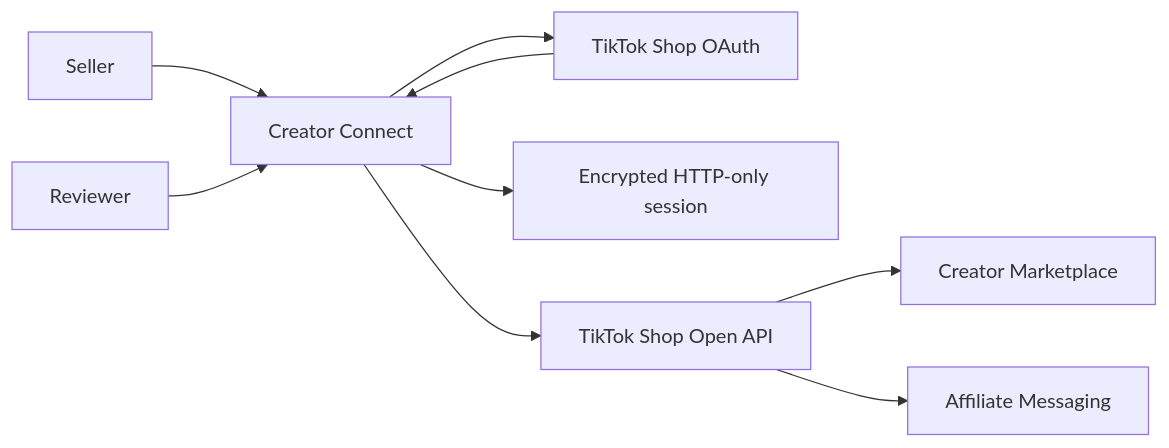
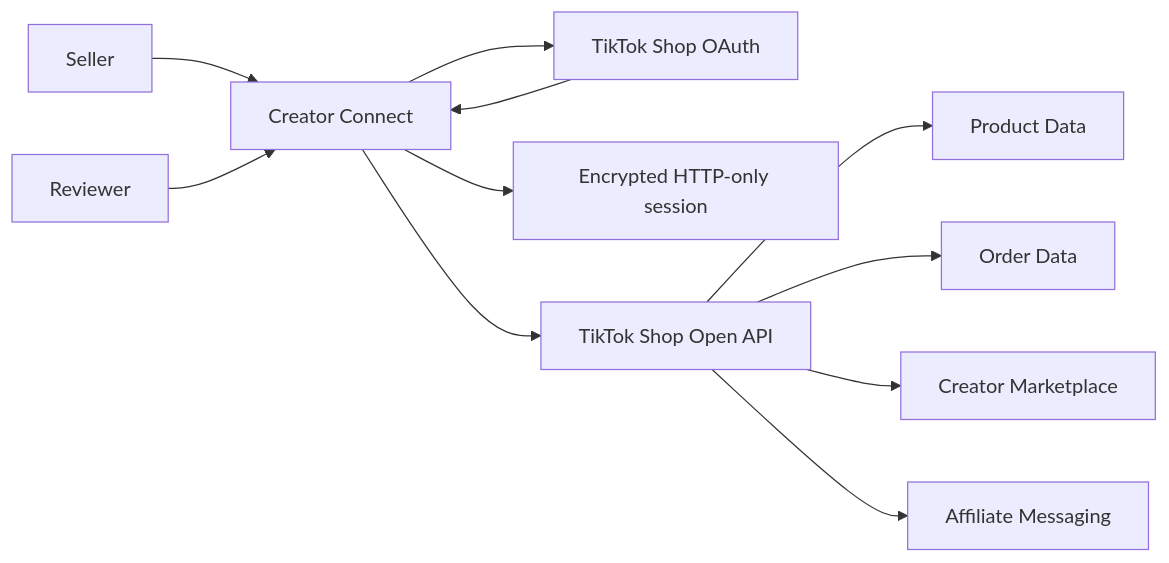
The diagram in docs/PRD.md (sarunn-rb/RB-TikTok-Affiliate), drawn with Mermaid before and after one commit. The commit also changed other lines of this file and 16 other files, not shown here.

Commit message:
Add TikTok Shop product and order data sync

````diff
--- a/docs/PRD.md
+++ b/docs/PRD.md
@@ -100,11 +116,13 @@
 ```mermaid
 flowchart LR
     Seller --> App[Creator Connect]
     Reviewer --> App
     App --> TikTokOAuth[TikTok Shop OAuth]
     TikTokOAuth --> App
     App --> Session[Encrypted HTTP-only session]
     App --> TikTokShopAPI[TikTok Shop Open API]
+    TikTokShopAPI --> ProductData[Product Data]
+    TikTokShopAPI --> OrderData[Order Data]
     TikTokShopAPI --> CreatorMarketplace[Creator Marketplace]
     TikTokShopAPI --> AffiliateMessaging[Affiliate Messaging]
 ```
````
